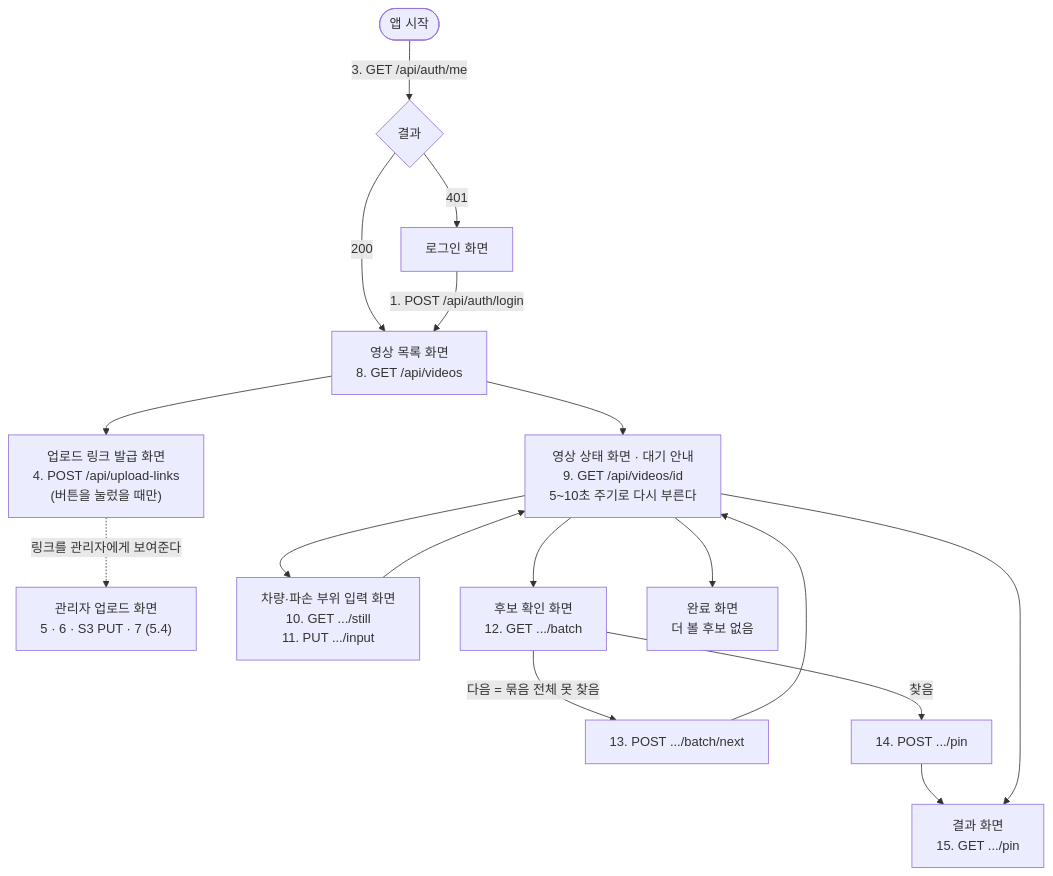
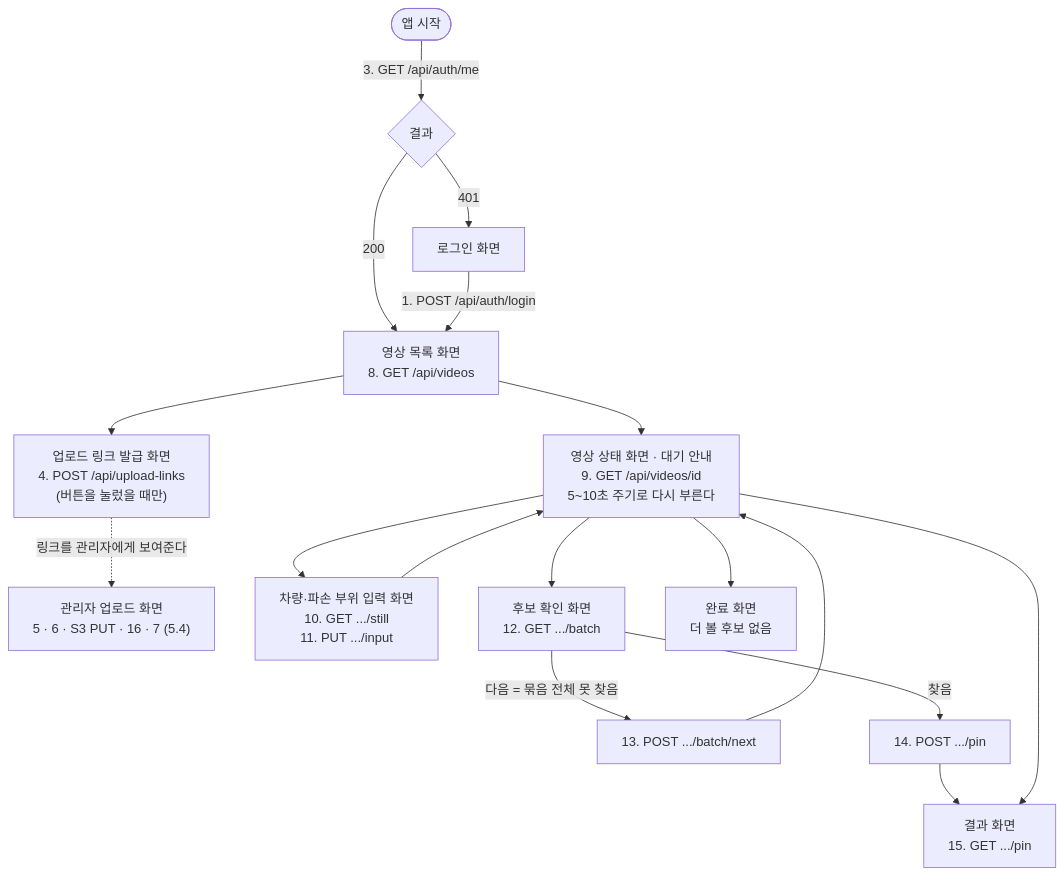
Before and after one commit to lG1l/parking_lot_detection: the first of 2 diagrams in docs/design/05-api.md, drawn with Mermaid. The commit also changed other lines of this file and 7 other files, not shown here.

````diff
--- a/docs/design/05-api.md
+++ b/docs/design/05-api.md
@@ -841,21 +919,21 @@
 ```mermaid
 flowchart TD
   START(["앱 시작"]) -->|"3. GET /api/auth/me"| CHK{"결과"}
   CHK -->|"401"| LOGIN["로그인 화면"]
   CHK -->|"200"| LIST
   LOGIN -->|"1. POST /api/auth/login"| LIST["영상 목록 화면<br/>8. GET /api/videos"]
 
   LIST --> LINK["업로드 링크 발급 화면<br/>4. POST /api/upload-links<br/>(버튼을 눌렀을 때만)"]
-  LINK -.->|"링크를 관리자에게 보여준다"| ADMIN["관리자 업로드 화면<br/>5 · 6 · S3 PUT · 7 (5.4)"]
+  LINK -.->|"링크를 관리자에게 보여준다"| ADMIN["관리자 업로드 화면<br/>5 · 6 · S3 PUT · 16 · 7 (5.4)"]
 
   LIST --> DETAIL["영상 상태 화면 · 대기 안내<br/>9. GET /api/videos/id<br/>5~10초 주기로 다시 부른다"]
   DETAIL --> INPUT["차량·파손 부위 입력 화면<br/>10. GET .../still<br/>11. PUT .../input"]
   INPUT --> DETAIL
   DETAIL --> BATCH["후보 확인 화면<br/>12. GET .../batch"]
   BATCH -->|"다음 = 묶음 전체 못 찾음"| NEXT["13. POST .../batch/next"]
   NEXT --> DETAIL
   BATCH -->|"찾음"| PIN["14. POST .../pin"]
   PIN --> RES["결과 화면<br/>15. GET .../pin"]
   DETAIL --> RES
   DETAIL --> DONE["완료 화면<br/>더 볼 후보 없음"]
 ```
````
